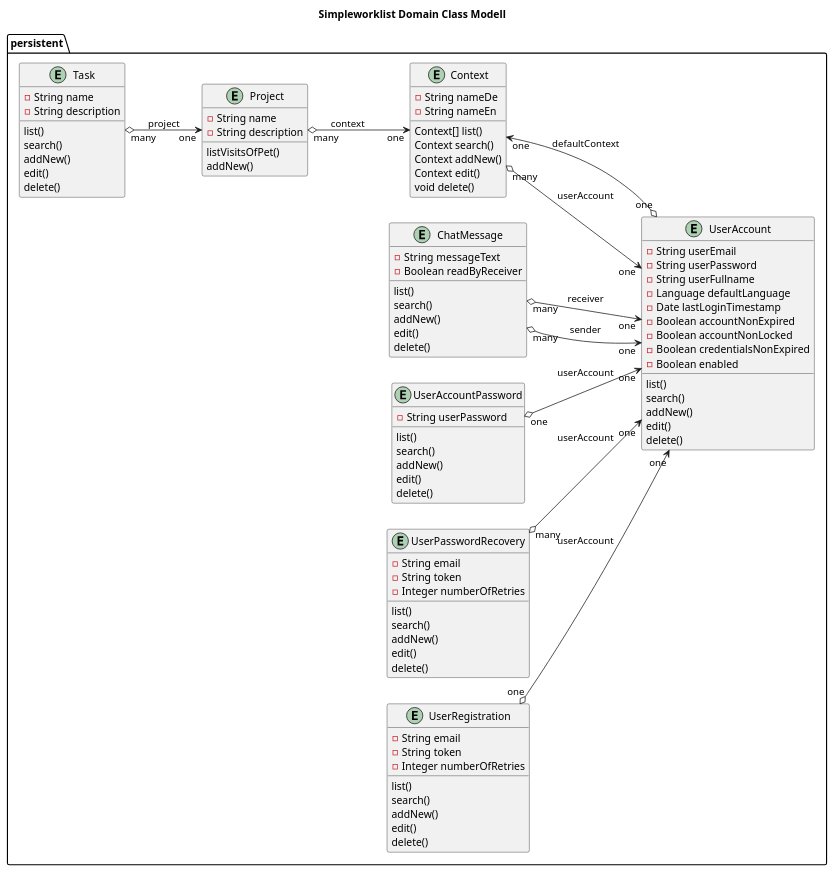
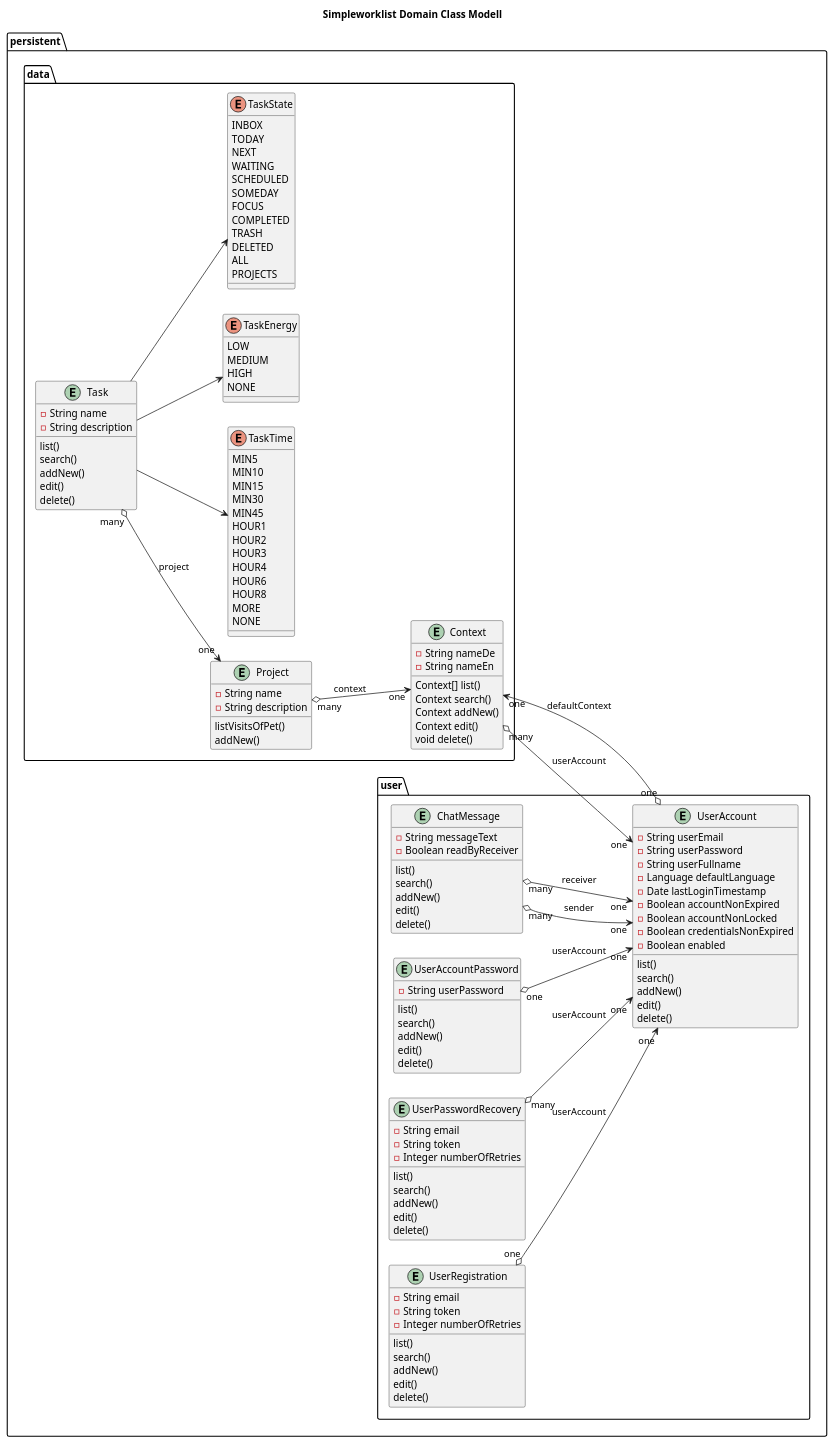
Before and after one commit to Spring-Framework-Java-Apps/simpleworklist: the diagram in src/main/plantuml/Simpleworklist__Domain_Class_Modell_Persistent.puml, drawn with PlantUML. The commit also changed 1 other file, not shown here.

```diff
--- a/src/main/plantuml/Simpleworklist__Domain_Class_Modell_Persistent.puml
+++ b/src/main/plantuml/Simpleworklist__Domain_Class_Modell_Persistent.puml
@@ -1,111 +1,156 @@
 @startuml
 
 
 title Simpleworklist Domain Class Modell
 'https://plantuml.com/class-diagram
 
 left to right direction
 'top to bottom direction
 
 scale 1200 width
 
 package persistent {
+
+package data {
 
   entity Context {
        - String nameDe
        - String nameEn
        Context[] list()
        Context search()
        Context addNew()
        Context edit()
        void delete()
   }
 
   entity Project {
       - String name
       - String description
       listVisitsOfPet()
       addNew()
   }
 
   entity Task {
       - String name
       - String description
       list()
       search()
       addNew()
       edit()
       delete()
   }
+
+enum TaskTime {
+    MIN5
+    MIN10
+    MIN15
+    MIN30
+    MIN45
+    HOUR1
+    HOUR2
+    HOUR3
+    HOUR4
+    HOUR6
+    HOUR8
+    MORE
+    NONE
+}
+
+enum TaskEnergy {
+    LOW
+    MEDIUM
+    HIGH
+    NONE
+}
+
+enum TaskState {
+    INBOX
+    TODAY
+    NEXT
+    WAITING
+    SCHEDULED
+    SOMEDAY
+    FOCUS
+    COMPLETED
+    TRASH
+    DELETED
+    ALL
+    PROJECTS
+}
+Task --> TaskTime
+Task --> TaskEnergy
+Task --> TaskState
+}
+package user {
 
   entity ChatMessage {
      - String messageText
      - Boolean readByReceiver
       list()
       search()
       addNew()
       edit()
       delete()
   }
 
   entity UserAccount {
       - String userEmail
       - String userPassword
       - String userFullname
       - Language defaultLanguage
       - Date lastLoginTimestamp
       - Boolean accountNonExpired
       - Boolean accountNonLocked
       - Boolean credentialsNonExpired
       - Boolean enabled
       list()
       search()
       addNew()
       edit()
       delete()
   }
 
   entity UserAccountPassword {
       - String userPassword
       list()
       search()
       addNew()
       edit()
       delete()
   }
 
   entity UserPasswordRecovery {
       - String email
       - String token
       - Integer numberOfRetries
       list()
       search()
       addNew()
       edit()
       delete()
   }
 
   entity UserRegistration {
       - String email
       - String token
       - Integer numberOfRetries
       list()
       search()
       addNew()
       edit()
       delete()
   }
 
   Context "many"  o-->  "one" UserAccount: userAccount
   Project "many"  o-->  "one" Context: context
   Task "many"  o-->  "one" Project: project
   ChatMessage "many"  o-->  "one" UserAccount: sender
   ChatMessage "many"  o-->  "one" UserAccount: receiver
   UserAccount "one"  o-->  "one" Context: defaultContext
   UserAccountPassword "one"  o-->  "one" UserAccount: userAccount
   UserRegistration "one"  o-->  "one" UserAccount: userAccount
   UserPasswordRecovery "many"  o-->  "one" UserAccount: userAccount
 
 }
 
 @enduml
```
